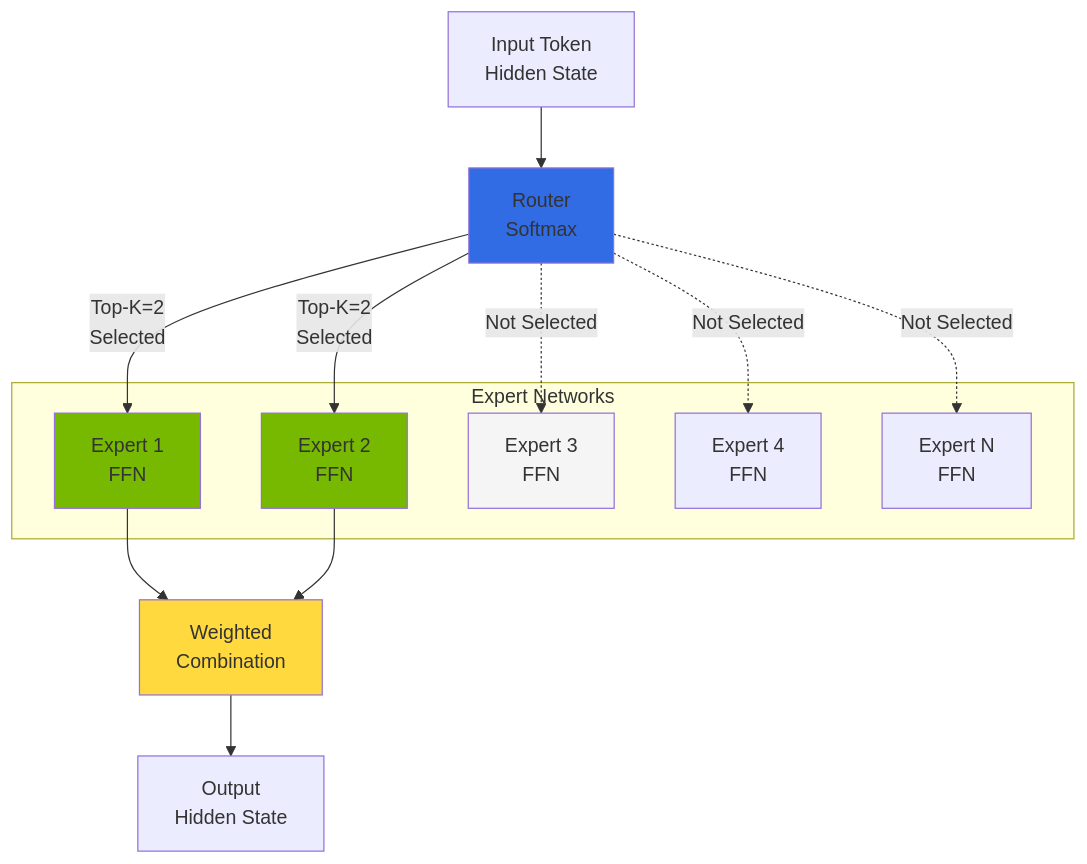
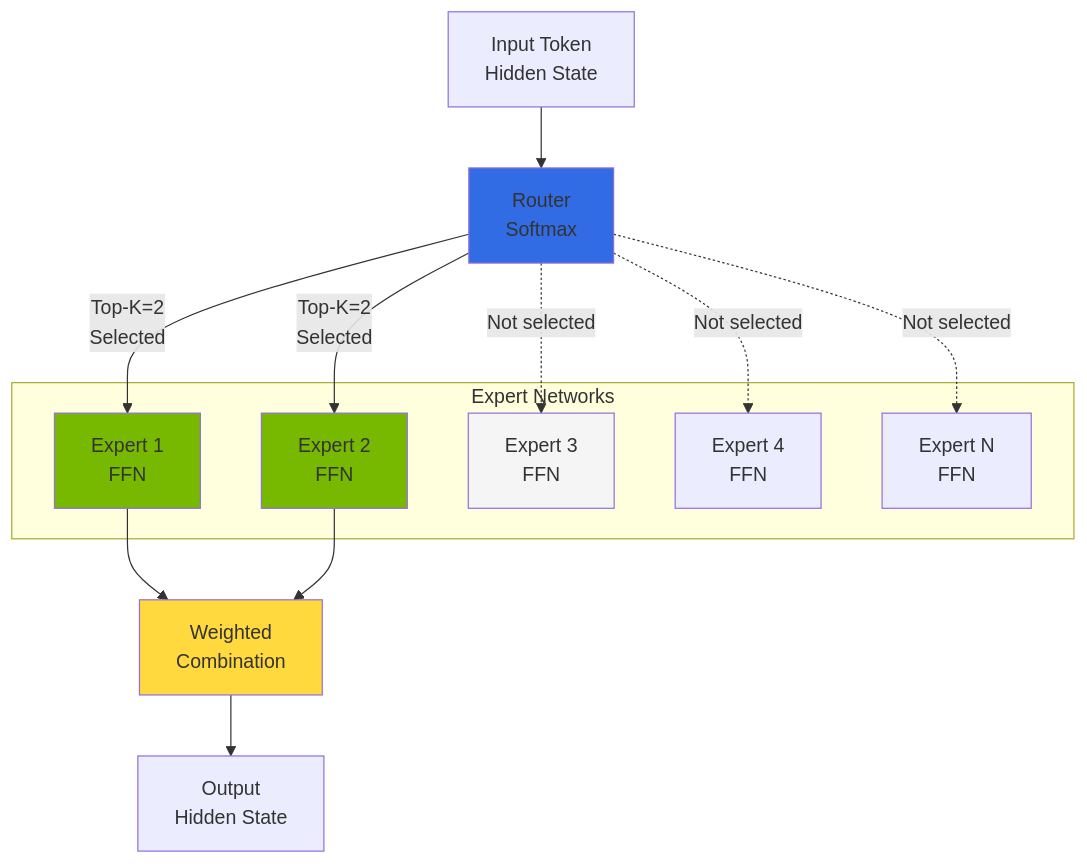
Before and after one commit to devfloor9/engineering-playbook: the first of 6 diagrams in i18n/en/docusaurus-plugin-content-docs/current/agentic-ai-platform/model-serving/moe-model-serving.md, drawn with Mermaid. The commit also changed other lines of this file and 95 other files, not shown here.

````diff
--- a/i18n/en/docusaurus-plugin-content-docs/current/agentic-ai-platform/model-serving/moe-model-serving.md
+++ b/i18n/en/docusaurus-plugin-content-docs/current/agentic-ai-platform/model-serving/moe-model-serving.md
@@ -40,33 +39,33 @@
 ```mermaid
 flowchart TB
     INPUT[Input Token<br/>Hidden State]
 
     GATE[Router<br/>Softmax]
 
     subgraph Experts["Expert Networks"]
         E1[Expert 1<br/>FFN]
         E2[Expert 2<br/>FFN]
         E3[Expert 3<br/>FFN]
         E4[Expert 4<br/>FFN]
         EN[Expert N<br/>FFN]
     end
 
     COMBINE[Weighted<br/>Combination]
     OUTPUT[Output<br/>Hidden State]
 
     INPUT --> GATE
     GATE -->|Top-K=2<br/>Selected| E1
     GATE -->|Top-K=2<br/>Selected| E2
-    GATE -.->|Not Selected| E3
-    GATE -.->|Not Selected| E4
-    GATE -.->|Not Selected| EN
+    GATE -.->|Not selected| E3
+    GATE -.->|Not selected| E4
+    GATE -.->|Not selected| EN
     E1 --> COMBINE
     E2 --> COMBINE
     COMBINE --> OUTPUT
 
     style GATE fill:#326ce5
     style E1 fill:#76b900
     style E2 fill:#76b900
     style E3 fill:#f5f5f5
     style COMBINE fill:#ffd93d
 ```
````
